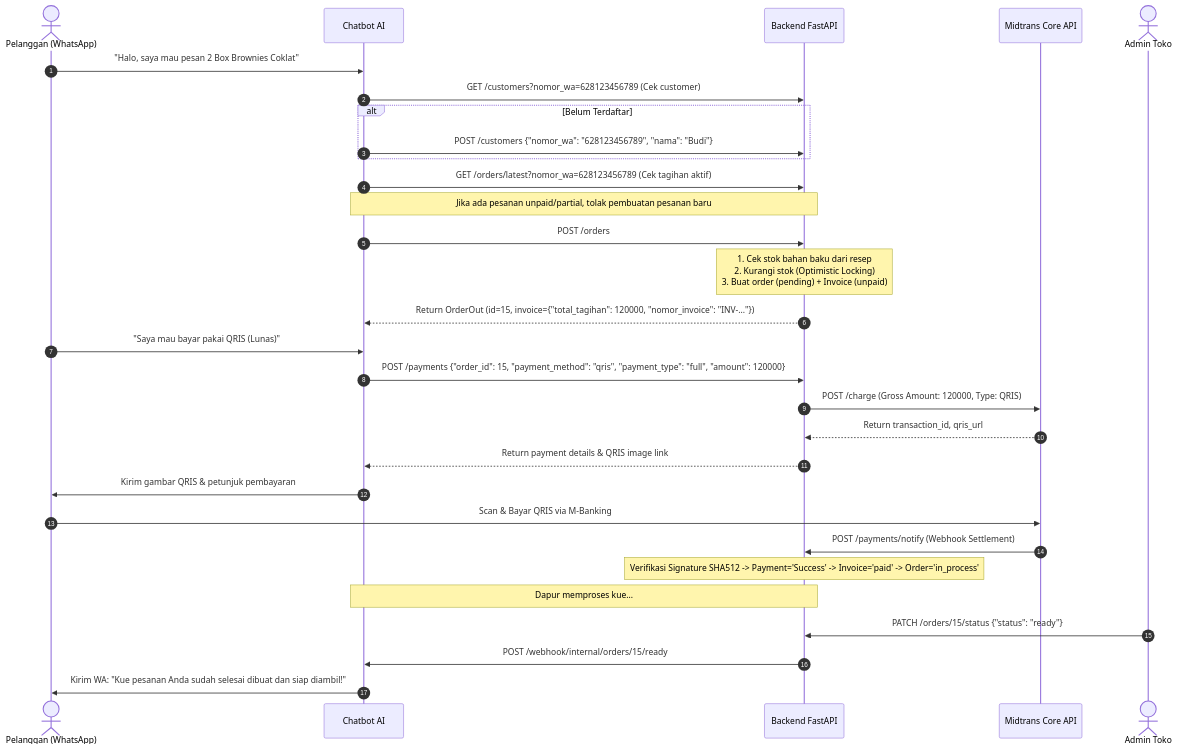
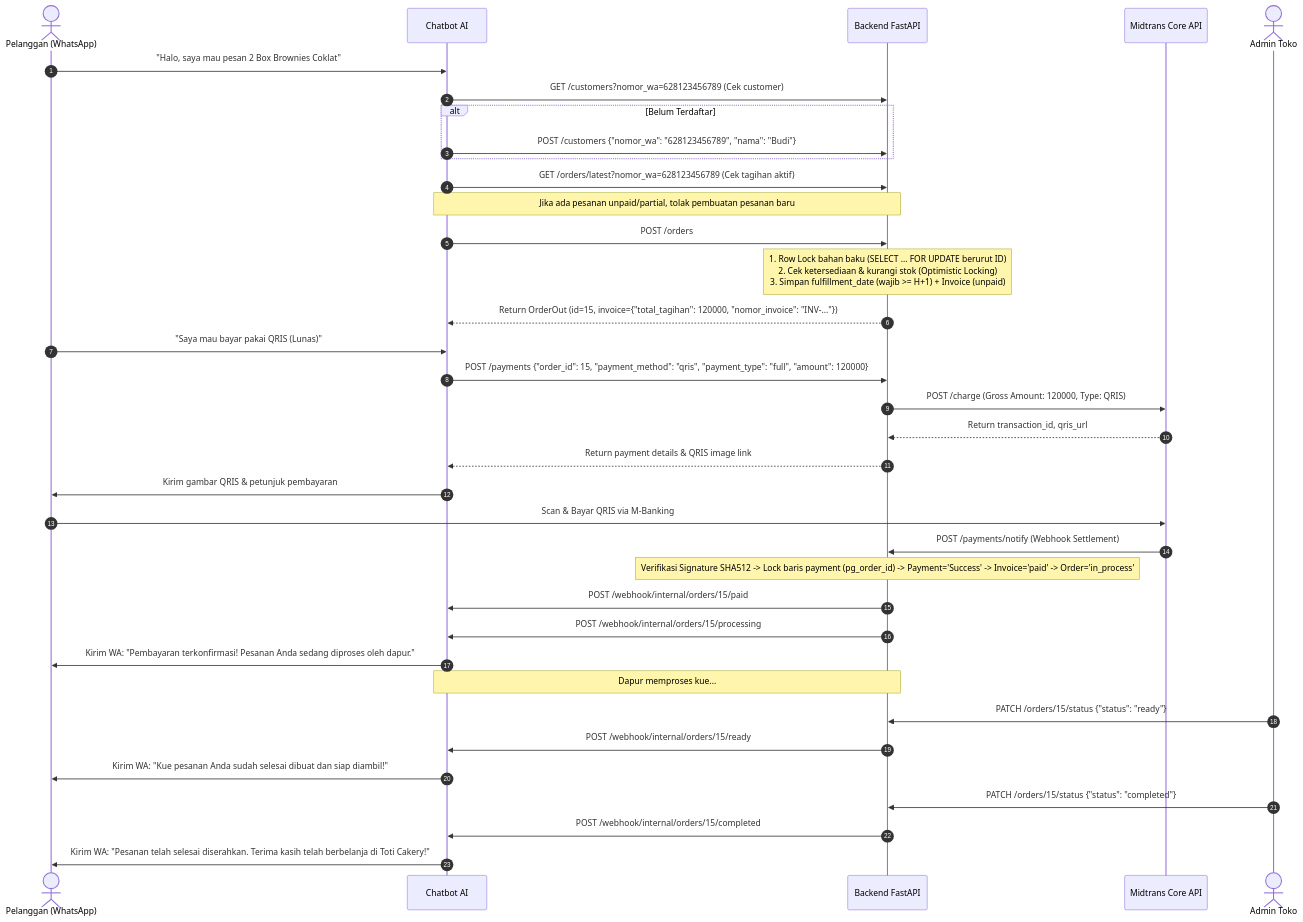
The first of 2 diagrams in WORKFLOW_SCENARIOS.md (Nicholl2/Backend-Cakery), drawn with Mermaid before and after one commit. The commit also changed other lines of this file and 1 other file, not shown here.

Commit message:
feat(security): enforce row-level stock locks, webhook idempotency, and service keys

````diff
--- a/WORKFLOW_SCENARIOS.md
+++ b/WORKFLOW_SCENARIOS.md
@@ -11,38 +11,45 @@
 ```mermaid
 sequenceDiagram
     autonumber
     actor Customer as Pelanggan (WhatsApp)
     participant Bot as Chatbot AI
     participant API as Backend FastAPI
     participant Midtrans as Midtrans Core API
 
     Customer->>Bot: "Halo, saya mau pesan 2 Box Brownies Coklat"
     Bot->>API: GET /customers?nomor_wa=628123456789 (Cek customer)
     alt Belum Terdaftar
         Bot->>API: POST /customers {"nomor_wa": "628123456789", "nama": "Budi"}
     end
 
     Bot->>API: GET /orders/latest?nomor_wa=628123456789 (Cek tagihan aktif)
     Note over API,Bot: Jika ada pesanan unpaid/partial, tolak pembuatan pesanan baru
 
     Bot->>API: POST /orders
-    Note over API: 1. Cek stok bahan baku dari resep<br/>2. Kurangi stok (Optimistic Locking)<br/>3. Buat order (pending) + Invoice (unpaid)
+    Note over API: 1. Row Lock bahan baku (SELECT ... FOR UPDATE berurut ID)<br/>2. Cek ketersediaan & kurangi stok (Optimistic Locking)<br/>3. Simpan fulfillment_date (wajib >= H+1) + Invoice (unpaid)
     API-->>Bot: Return OrderOut (id=15, invoice={"total_tagihan": 120000, "nomor_invoice": "INV-..."})
 
     Customer->>Bot: "Saya mau bayar pakai QRIS (Lunas)"
     Bot->>API: POST /payments {"order_id": 15, "payment_method": "qris", "payment_type": "full", "amount": 120000}
     API->>Midtrans: POST /charge (Gross Amount: 120000, Type: QRIS)
     Midtrans-->>API: Return transaction_id, qris_url
     API-->>Bot: Return payment details & QRIS image link
     Bot->>Customer: Kirim gambar QRIS & petunjuk pembayaran
 
     Customer->>Midtrans: Scan & Bayar QRIS via M-Banking
     Midtrans->>API: POST /payments/notify (Webhook Settlement)
-    Note over API: Verifikasi Signature SHA512 -> Payment='Success' -> Invoice='paid' -> Order='in_process'
+    Note over API: Verifikasi Signature SHA512 -> Lock baris payment (pg_order_id) -> Payment='Success' -> Invoice='paid' -> Order='in_process'
+    API->>Bot: POST /webhook/internal/orders/15/paid
+    API->>Bot: POST /webhook/internal/orders/15/processing
+    Bot->>Customer: Kirim WA: "Pembayaran terkonfirmasi! Pesanan Anda sedang diproses oleh dapur."
 
     Note over API,Bot: Dapur memproses kue...
     actor Admin as Admin Toko
     Admin->>API: PATCH /orders/15/status {"status": "ready"}
     API->>Bot: POST /webhook/internal/orders/15/ready
     Bot->>Customer: Kirim WA: "Kue pesanan Anda sudah selesai dibuat dan siap diambil!"
+
+    Admin->>API: PATCH /orders/15/status {"status": "completed"}
+    API->>Bot: POST /webhook/internal/orders/15/completed
+    Bot->>Customer: Kirim WA: "Pesanan telah selesai diserahkan. Terima kasih telah berbelanja di Toti Cakery!"
 ```
````
